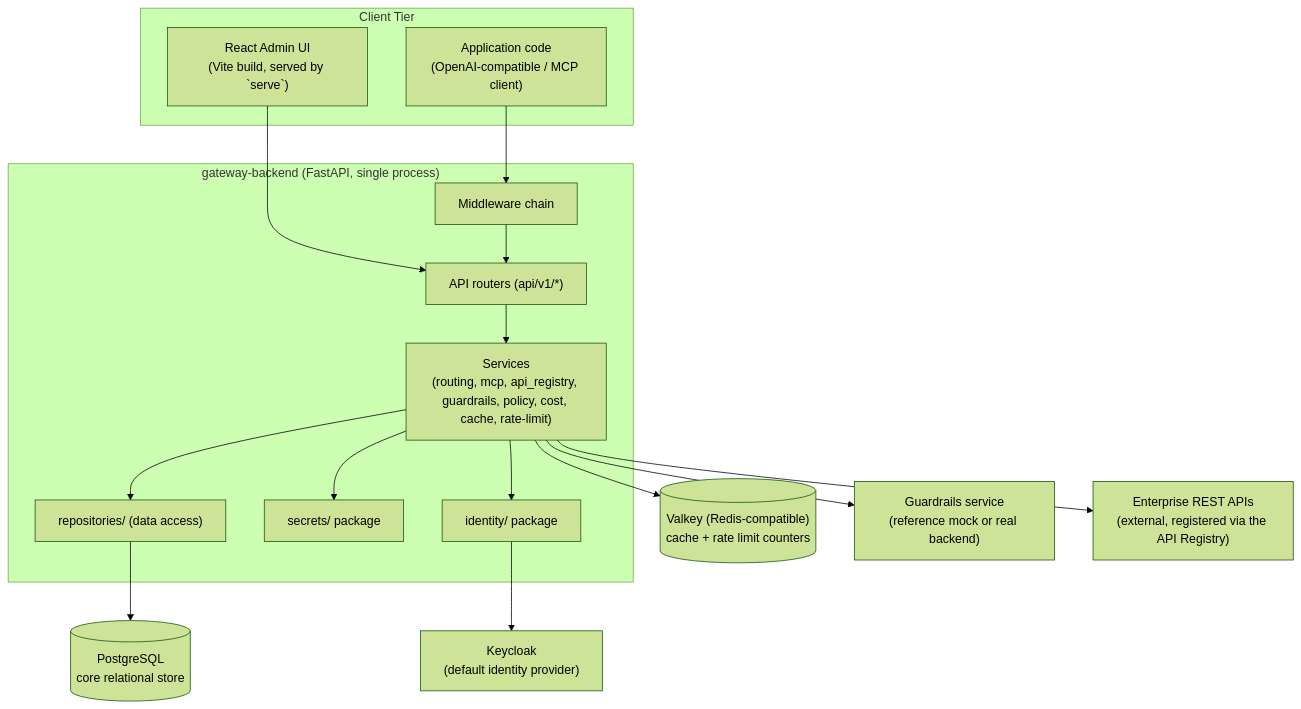
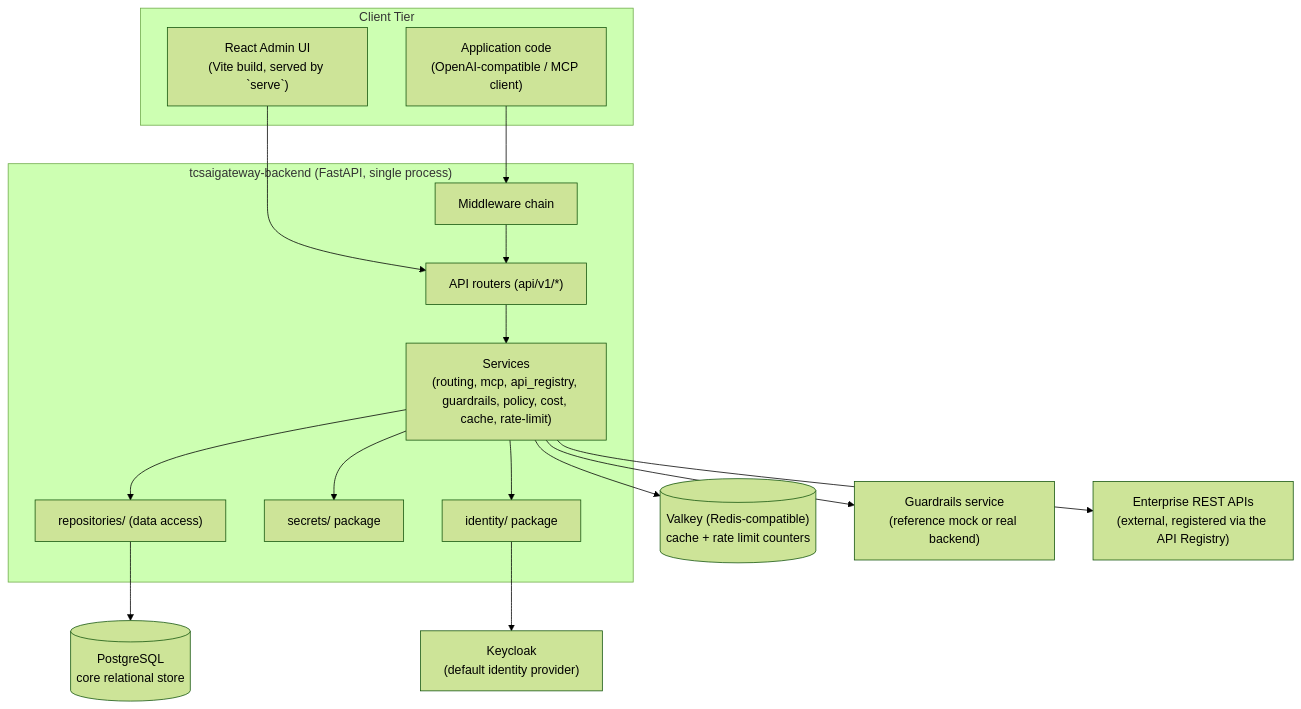
One commit to anitadc/llm_agent_mcp_gateway changed the second of 7 diagrams in doc/LLD.md. Above: the diagram before and after it, drawn with Mermaid (forest theme). The commit also changed 32 other files, not shown here.

````diff
--- a/doc/LLD.md
+++ b/doc/LLD.md
@@ -41,32 +41,32 @@
 ```mermaid
 flowchart TB
     subgraph Client["Client Tier"]
         FE["React Admin UI\n(Vite build, served by `serve`)"]
         SDKApp["Application code\n(OpenAI-compatible / MCP client)"]
     end
 
-    subgraph Backend["gateway-backend (FastAPI, single process)"]
+    subgraph Backend["tcsaigateway-backend (FastAPI, single process)"]
         MW["Middleware chain"]
         API["API routers (api/v1/*)"]
         SVC["Services\n(routing, mcp, api_registry, guardrails, policy, cost, cache, rate-limit)"]
         IDMOD["identity/ package"]
         SECMOD["secrets/ package"]
         REPO["repositories/ (data access)"]
     end
 
     PG[("PostgreSQL\ncore relational store")]
     VK[("Valkey (Redis-compatible)\ncache + rate limit counters")]
     KC["Keycloak\n(default identity provider)"]
     GR["Guardrails service\n(reference mock or real backend)"]
     REST["Enterprise REST APIs\n(external, registered via the API Registry)"]
 
     FE --> API
     SDKApp --> MW --> API --> SVC
     SVC --> REPO --> PG
     SVC --> VK
     IDMOD --> KC
     SVC --> IDMOD
     SVC --> SECMOD
     SVC --> GR
     SVC --> REST
 ```
````
